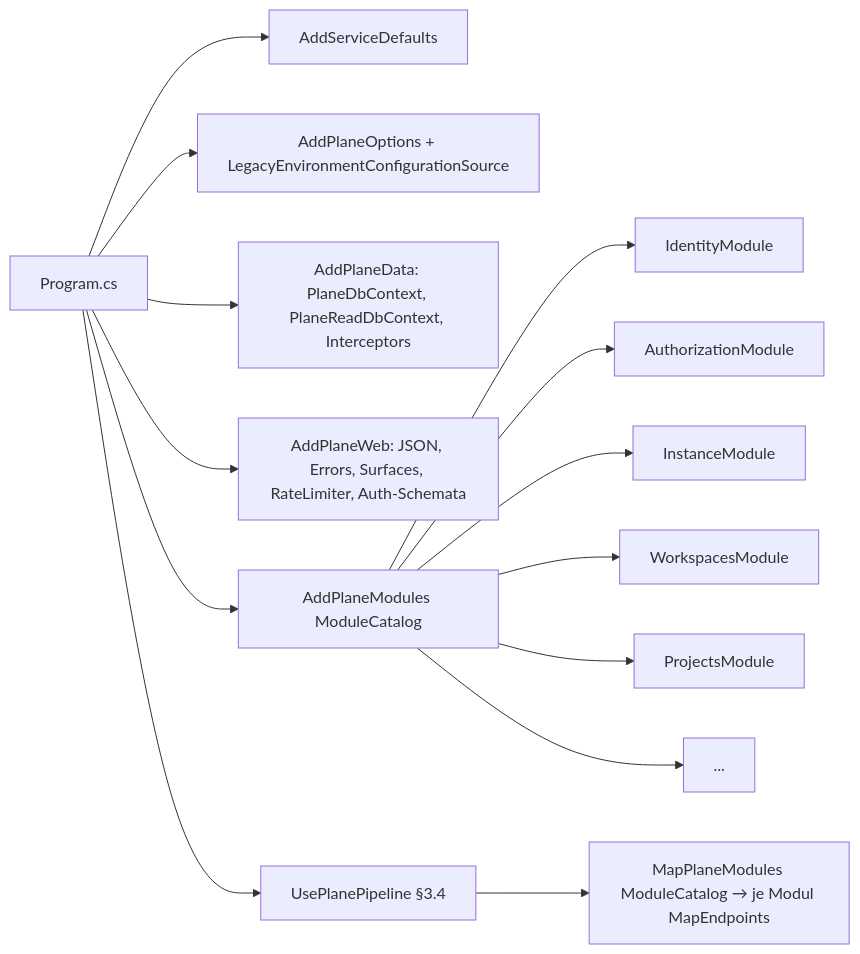
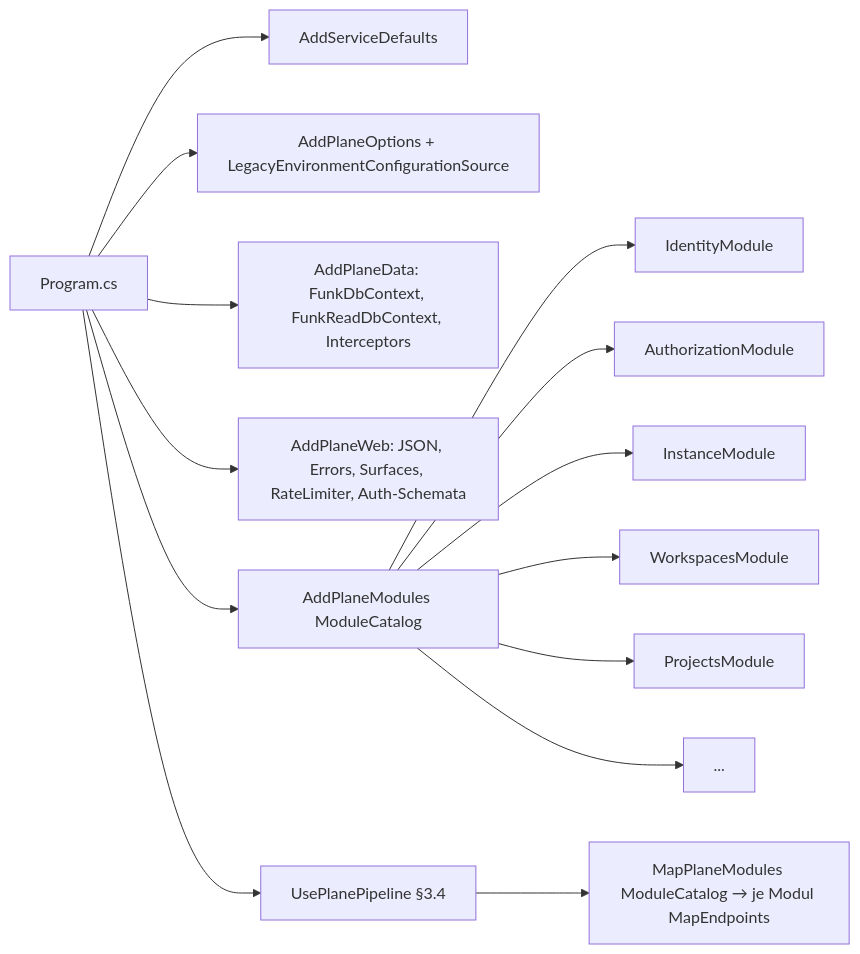
Before and after one commit to mlwr/plane: the first of 3 diagrams in migration/architecture/02-backend-solution-und-konventionen.md, drawn with Mermaid. The commit also changed other lines of this file and 27 other files, not shown here.

First line of the commit message:
docs(migration): rename target identifiers to funk in architecture and plan docs

````diff
--- a/migration/architecture/02-backend-solution-und-konventionen.md
+++ b/migration/architecture/02-backend-solution-und-konventionen.md
@@ -219,11 +219,11 @@
 ```mermaid
 flowchart LR
   P[Program.cs] --> SD[AddServiceDefaults]
   P --> OPT[AddPlaneOptions + LegacyEnvironmentConfigurationSource]
-  P --> DATA[AddPlaneData: PlaneDbContext, PlaneReadDbContext, Interceptors]
+  P --> DATA[AddPlaneData: FunkDbContext, FunkReadDbContext, Interceptors]
   P --> WEB[AddPlaneWeb: JSON, Errors, Surfaces, RateLimiter, Auth-Schemata]
   P --> MOD[AddPlaneModules ModuleCatalog]
   MOD --> M1[IdentityModule] & M2[AuthorizationModule] & M3[InstanceModule] & M4[WorkspacesModule] & M5[ProjectsModule] & Mx[...]
   P --> PIPE[UsePlanePipeline §3.4]
   PIPE --> MAP[MapPlaneModules ModuleCatalog → je Modul MapEndpoints]
 ```
````
